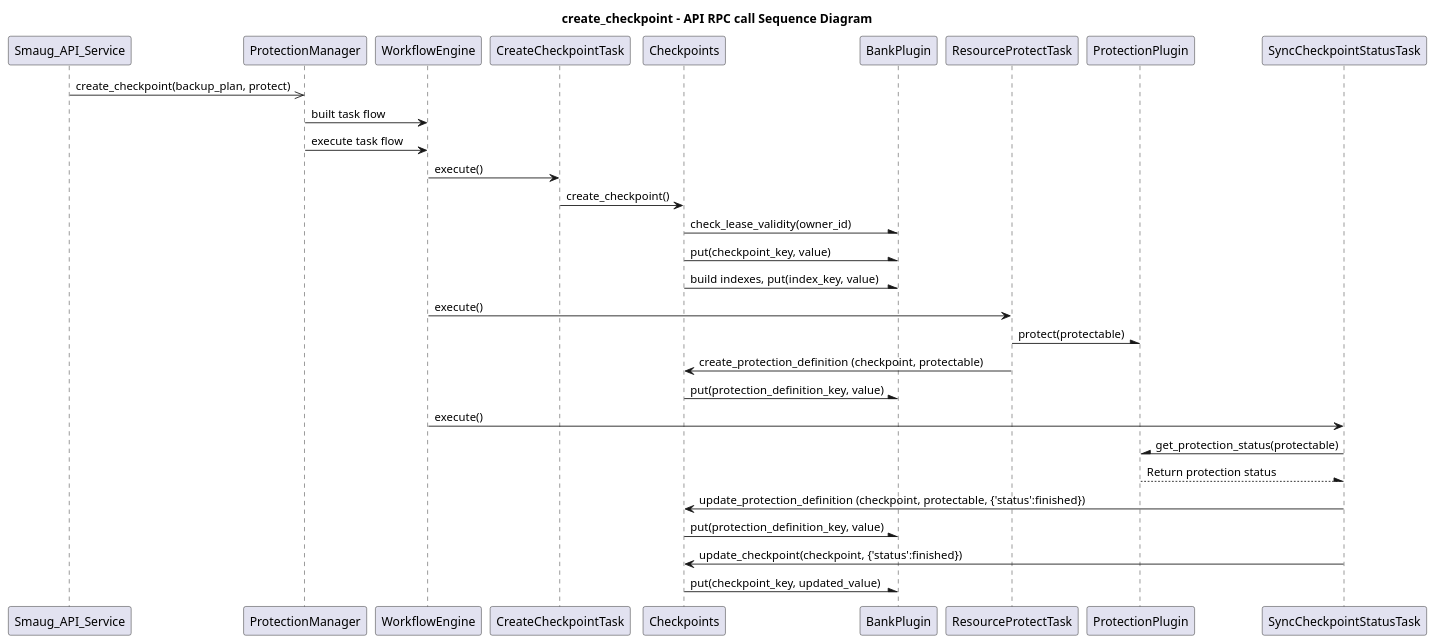
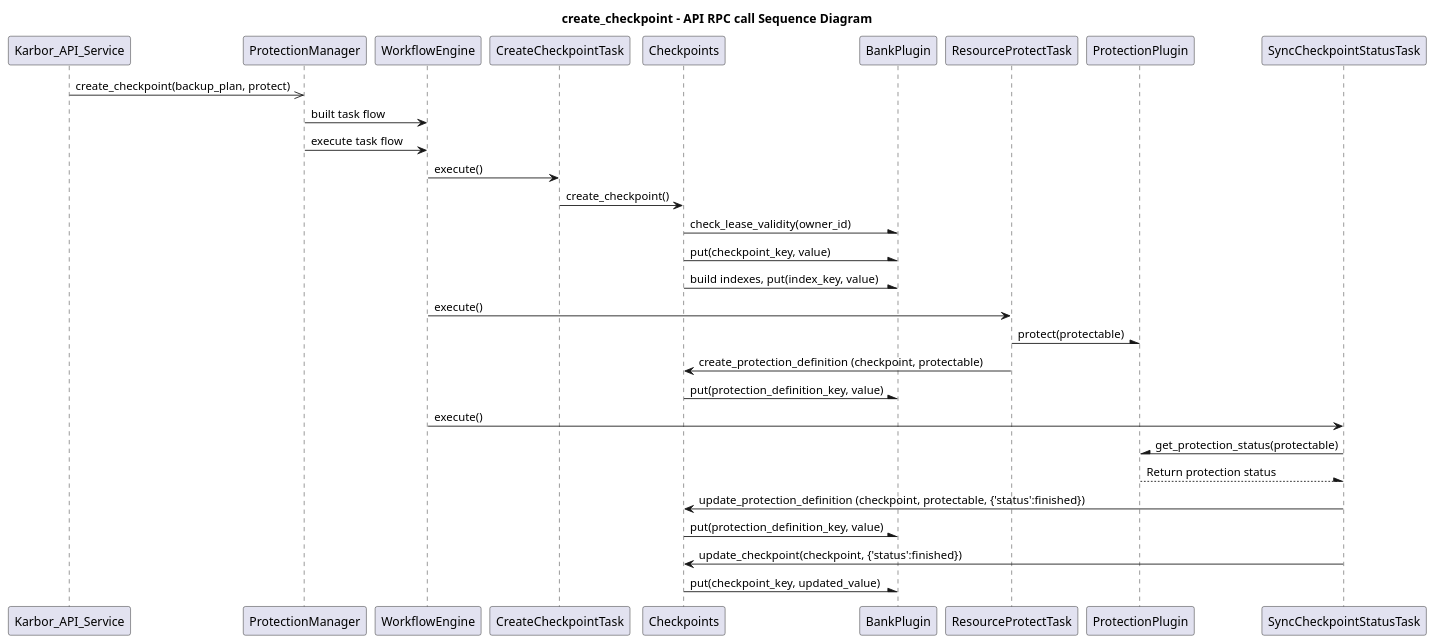
One commit to openstack-archive/karbor changed the diagram in doc/source/specs/protection-service/protect-rpc-call-seq-diagram.pu. Above: the diagram before and after it, drawn with PlantUML. The commit also changed 452 other files, not shown here.

First line of the commit message:
Change Smaug to Karbor

```diff
--- a/doc/source/specs/protection-service/protect-rpc-call-seq-diagram.pu
+++ b/doc/source/specs/protection-service/protect-rpc-call-seq-diagram.pu
@@ -1,24 +1,24 @@
 @startuml
 
 title create_checkpoint - API RPC call Sequence Diagram
 
-Smaug_API_Service ->> ProtectionManager :create_checkpoint(backup_plan, protect)
+Karbor_API_Service ->> ProtectionManager :create_checkpoint(backup_plan, protect)
 ProtectionManager -> WorkflowEngine:built task flow
 ProtectionManager -> WorkflowEngine: execute task flow
 WorkflowEngine -> CreateCheckpointTask:execute()
 CreateCheckpointTask -> Checkpoints : create_checkpoint()
 Checkpoints -\ BankPlugin : check_lease_validity(owner_id)
 Checkpoints -\ BankPlugin : put(checkpoint_key, value)
 Checkpoints -\ BankPlugin : build indexes, put(index_key, value)
 WorkflowEngine -> ResourceProtectTask:execute()
 ResourceProtectTask -\ ProtectionPlugin : protect(protectable)
 ResourceProtectTask -> Checkpoints : create_protection_definition (checkpoint, protectable)
 Checkpoints -\ BankPlugin : put(protection_definition_key, value)
 WorkflowEngine -> SyncCheckpointStatusTask :execute()
 SyncCheckpointStatusTask -\ProtectionPlugin : get_protection_status(protectable)
 ProtectionPlugin --\ SyncCheckpointStatusTask : Return protection status
 SyncCheckpointStatusTask -> Checkpoints : update_protection_definition (checkpoint, protectable, {'status':finished})
 Checkpoints -\ BankPlugin : put(protection_definition_key, value)
 SyncCheckpointStatusTask ->Checkpoints : update_checkpoint(checkpoint, {'status':finished})
 Checkpoints -\ BankPlugin : put(checkpoint_key, updated_value)
 @enduml
```
